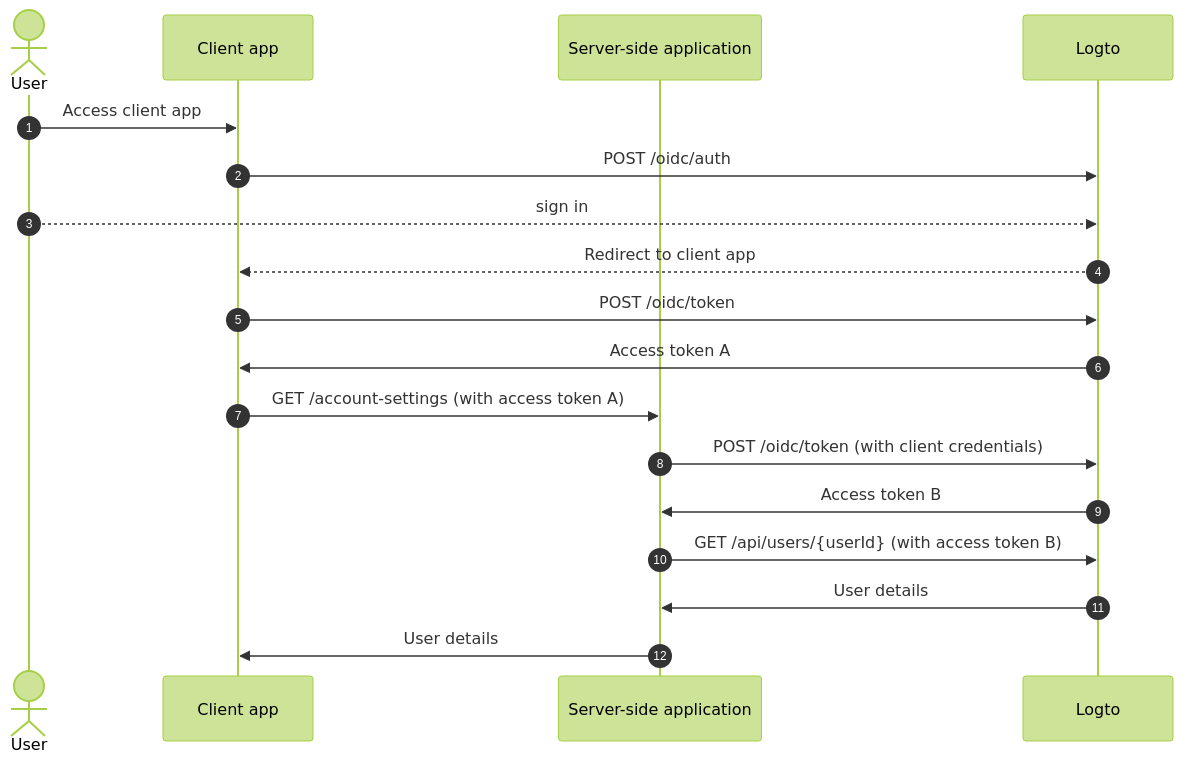
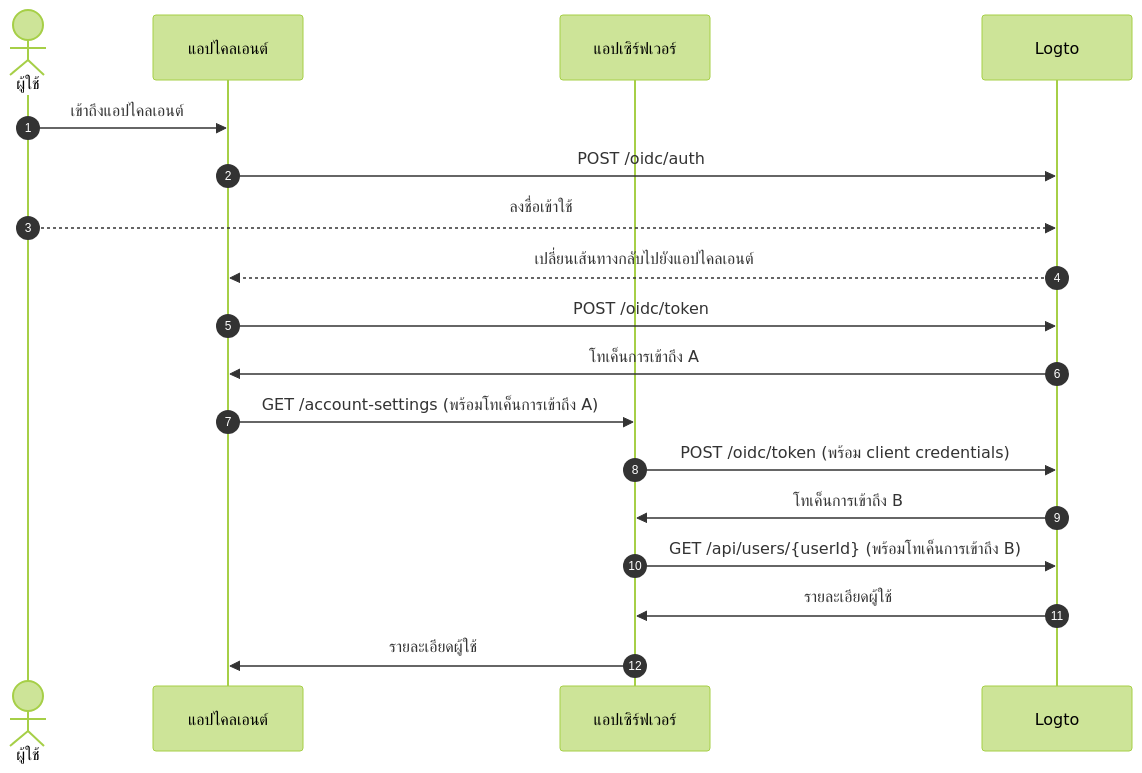
One commit to logto-io/docs changed the second of 3 diagrams in i18n/th/docusaurus-plugin-content-docs/current/end-user-flows/account-settings/by-management-api.mdx. Above: the diagram before and after it, drawn with Mermaid (forest theme). The commit also changed other lines of this file and 80 other files, not shown here.

````diff
--- a/i18n/th/docusaurus-plugin-content-docs/current/end-user-flows/account-settings/by-management-api.mdx
+++ b/i18n/th/docusaurus-plugin-content-docs/current/end-user-flows/account-settings/by-management-api.mdx
@@ -27,21 +27,21 @@
 ```mermaid
   sequenceDiagram
     autonumber
-    actor User as User
-    participant Client as Client app
-    participant Server as Server-side application
+    actor User as ผู้ใช้
+    participant Client as แอปไคลเอนต์
+    participant Server as แอปเซิร์ฟเวอร์
     participant Logto as Logto
 
-    User ->> Client: Access client app
+    User ->> Client: เข้าถึงแอปไคลเอนต์
     Client ->> Logto: POST /oidc/auth
-    User -->> Logto: sign in
-    Logto -->> Client: Redirect to client app
+    User -->> Logto: ลงชื่อเข้าใช้
+    Logto -->> Client: เปลี่ยนเส้นทางกลับไปยังแอปไคลเอนต์
     Client ->> Logto: POST /oidc/token
-    Logto ->> Client: Access token A
-    Client ->> Server: GET /account-settings (with access token A)
-    Server ->> Logto: POST /oidc/token (with client credentials)
-    Logto ->> Server: Access token B
-    Server ->> Logto: GET /api/users/{userId} (with access token B)
-    Logto ->> Server: User details
-    Server ->> Client: User details
+    Logto ->> Client: โทเค็นการเข้าถึง A
+    Client ->> Server: GET /account-settings (พร้อมโทเค็นการเข้าถึง A)
+    Server ->> Logto: POST /oidc/token (พร้อม client credentials)
+    Logto ->> Server: โทเค็นการเข้าถึง B
+    Server ->> Logto: GET /api/users/{userId} (พร้อมโทเค็นการเข้าถึง B)
+    Logto ->> Server: รายละเอียดผู้ใช้
+    Server ->> Client: รายละเอียดผู้ใช้
 ```
````
